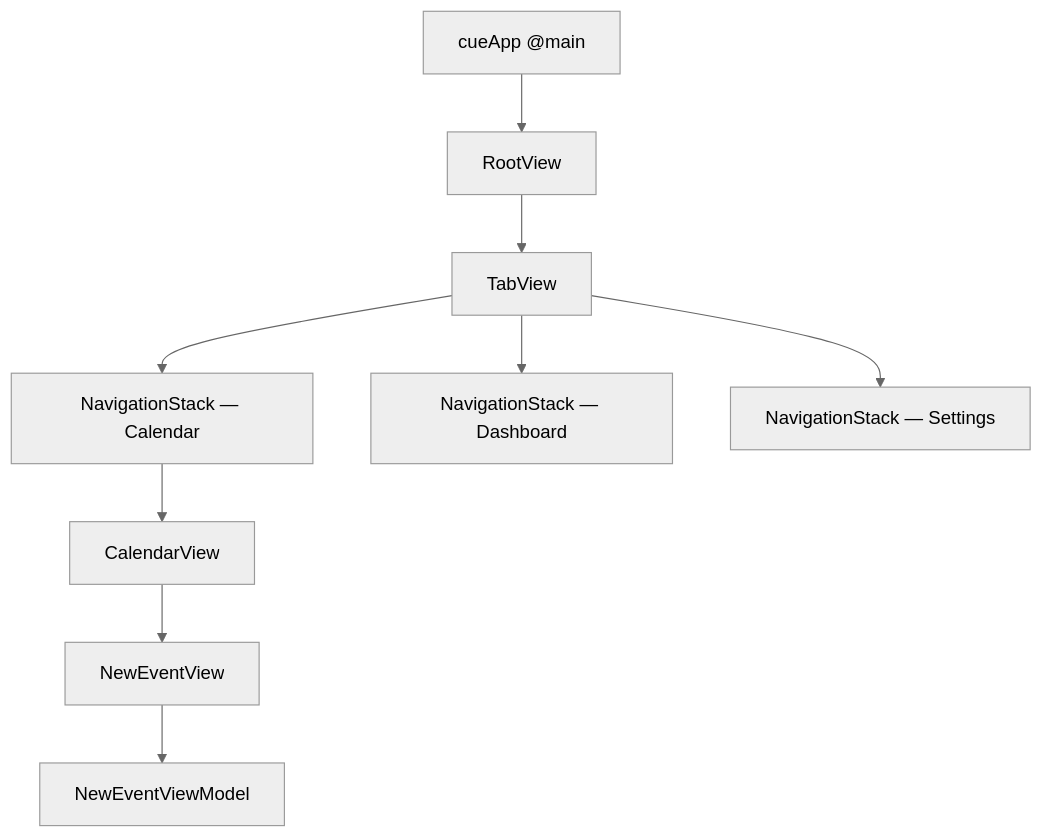
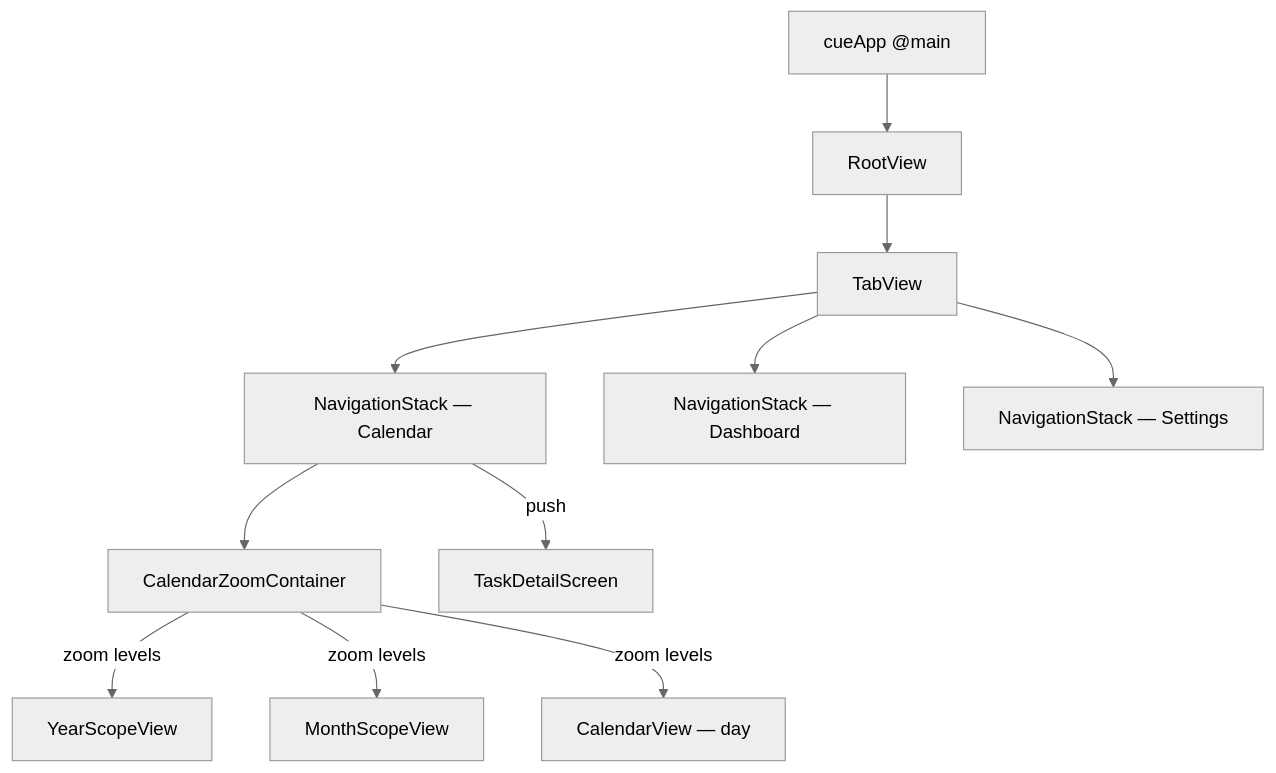
Before and after one commit to danilmakarow/cue-ios: the diagram in docs/architecture.md, drawn with Mermaid (neutral theme). The commit also changed other lines of this file and 2 other files, not shown here.

Commit message:
docs: ADR 0002 (custom zoom container) + spec/architecture updates
https://claude.ai/code/session_01J5N9SdDKpoGPjSdtF81onq

````diff
--- a/docs/architecture.md
+++ b/docs/architecture.md
@@ -50,11 +50,13 @@
 ```mermaid
 graph TD
   App[cueApp @main] --> Root[RootView]
   Root --> TV[TabView]
   TV --> NS1[NavigationStack — Calendar]
   TV --> NS2[NavigationStack — Dashboard]
   TV --> NS3[NavigationStack — Settings]
-  NS1 --> CV[CalendarView]
-  CV --> NE[NewEventView]
-  NE --> NEVM[NewEventViewModel]
+  NS1 --> ZC[CalendarZoomContainer]
+  ZC -->|zoom levels| Y[YearScopeView]
+  ZC -->|zoom levels| M[MonthScopeView]
+  ZC -->|zoom levels| D[CalendarView — day]
+  NS1 -->|push| TD[TaskDetailScreen]
 ```
````
